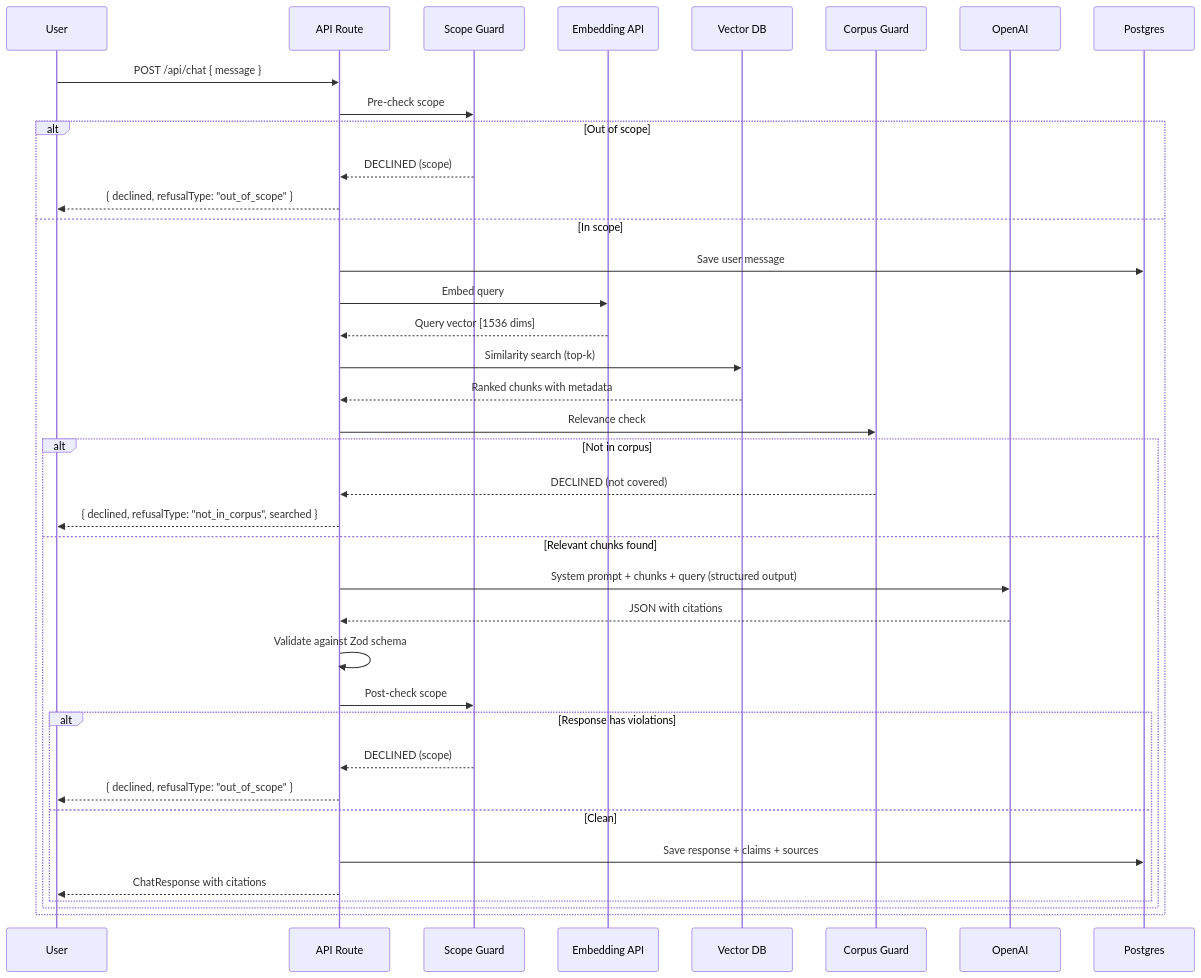
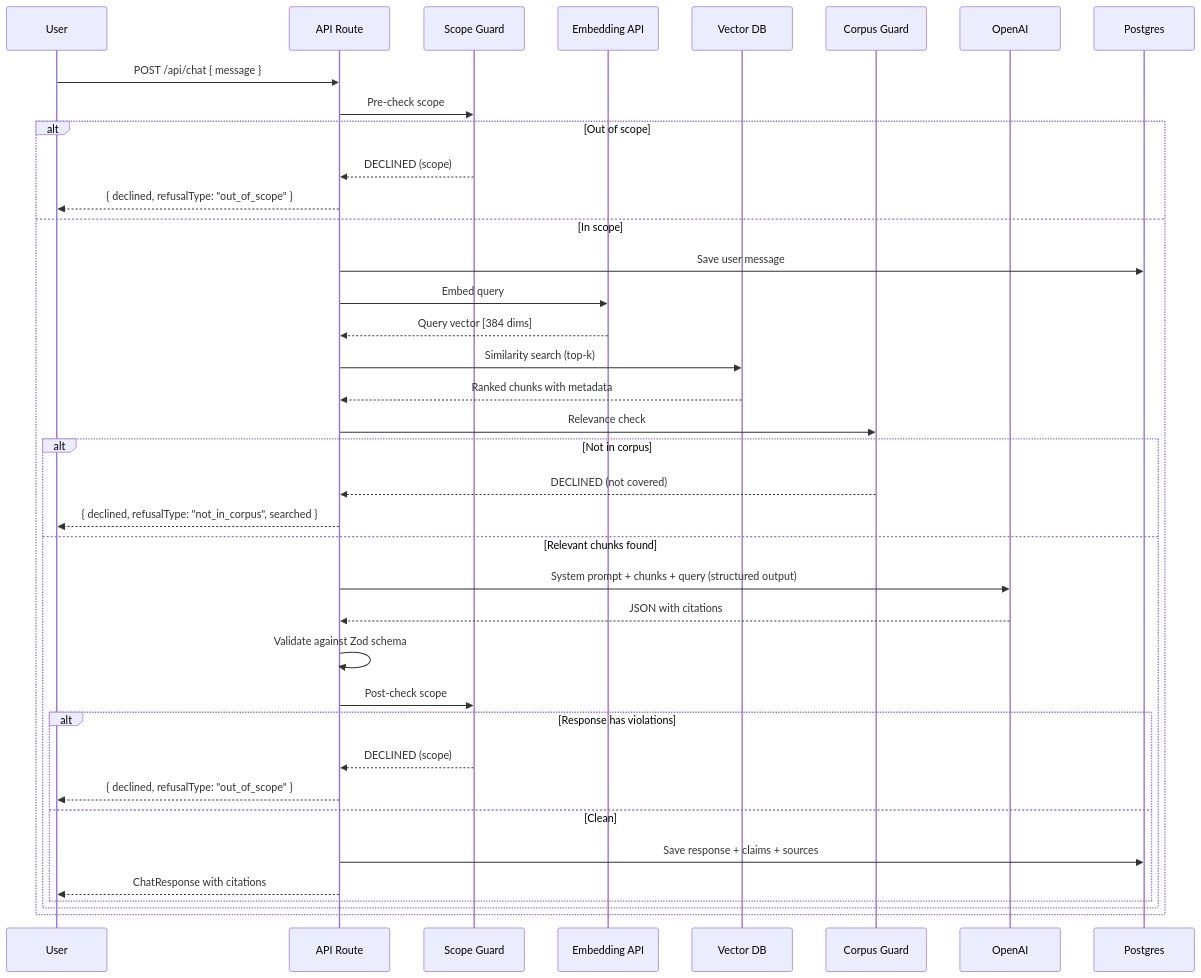
The fifth of 6 diagrams in docs/implementation-plan.md (imnashraf/Nutrition-Intelligence), drawn with Mermaid before and after one commit. The commit also changed other lines of this file and 14 other files, not shown here.

````diff
--- a/docs/implementation-plan.md
+++ b/docs/implementation-plan.md
@@ -658,41 +658,41 @@
 ```mermaid
 sequenceDiagram
     participant U as User
     participant A as API Route
     participant SG as Scope Guard
     participant EMB as Embedding API
     participant VDB as Vector DB
     participant CG as Corpus Guard
     participant LLM as OpenAI
     participant DB as Postgres
 
     U->>A: POST /api/chat { message }
     A->>SG: Pre-check scope
     alt Out of scope
         SG-->>A: DECLINED (scope)
         A-->>U: { declined, refusalType: "out_of_scope" }
     else In scope
         A->>DB: Save user message
         A->>EMB: Embed query
-        EMB-->>A: Query vector [1536 dims]
+        EMB-->>A: Query vector [384 dims]
         A->>VDB: Similarity search (top-k)
         VDB-->>A: Ranked chunks with metadata
         A->>CG: Relevance check
         alt Not in corpus
             CG-->>A: DECLINED (not covered)
             A-->>U: { declined, refusalType: "not_in_corpus", searched }
         else Relevant chunks found
             A->>LLM: System prompt + chunks + query (structured output)
             LLM-->>A: JSON with citations
             A->>A: Validate against Zod schema
             A->>SG: Post-check scope
             alt Response has violations
                 SG-->>A: DECLINED (scope)
                 A-->>U: { declined, refusalType: "out_of_scope" }
             else Clean
                 A->>DB: Save response + claims + sources
                 A-->>U: ChatResponse with citations
             end
         end
     end
 ```
````
